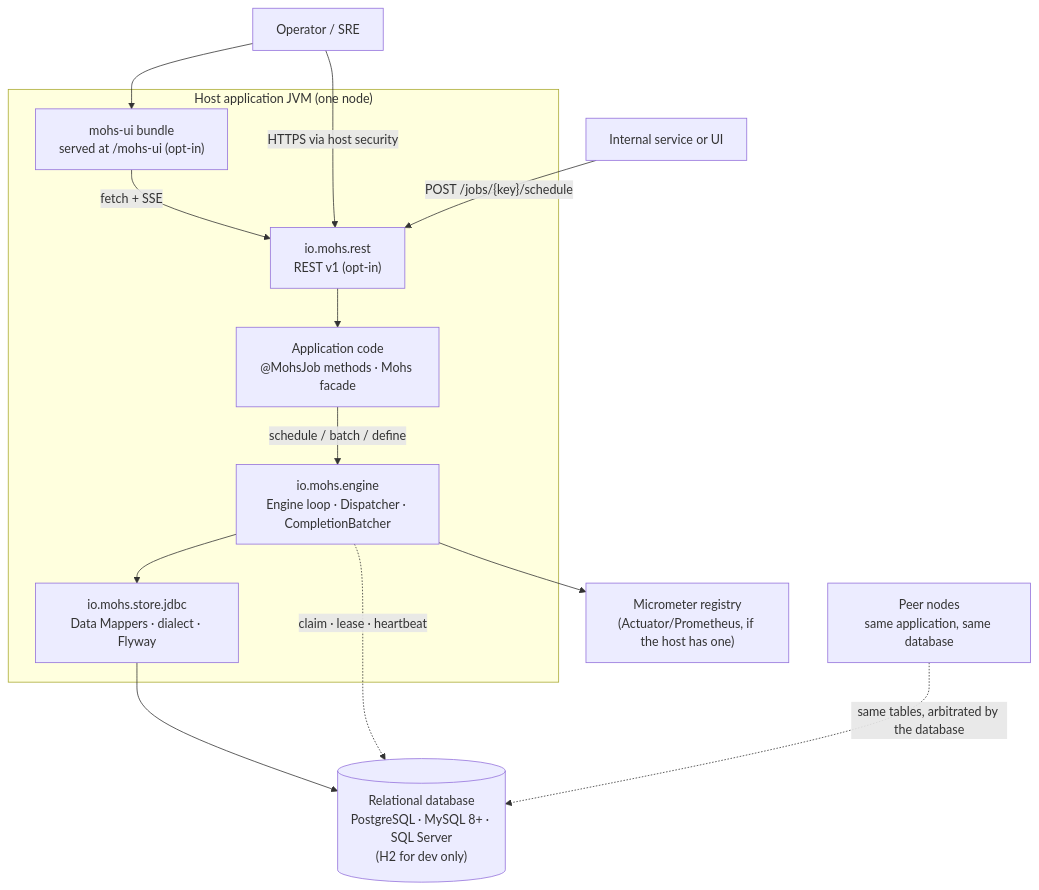
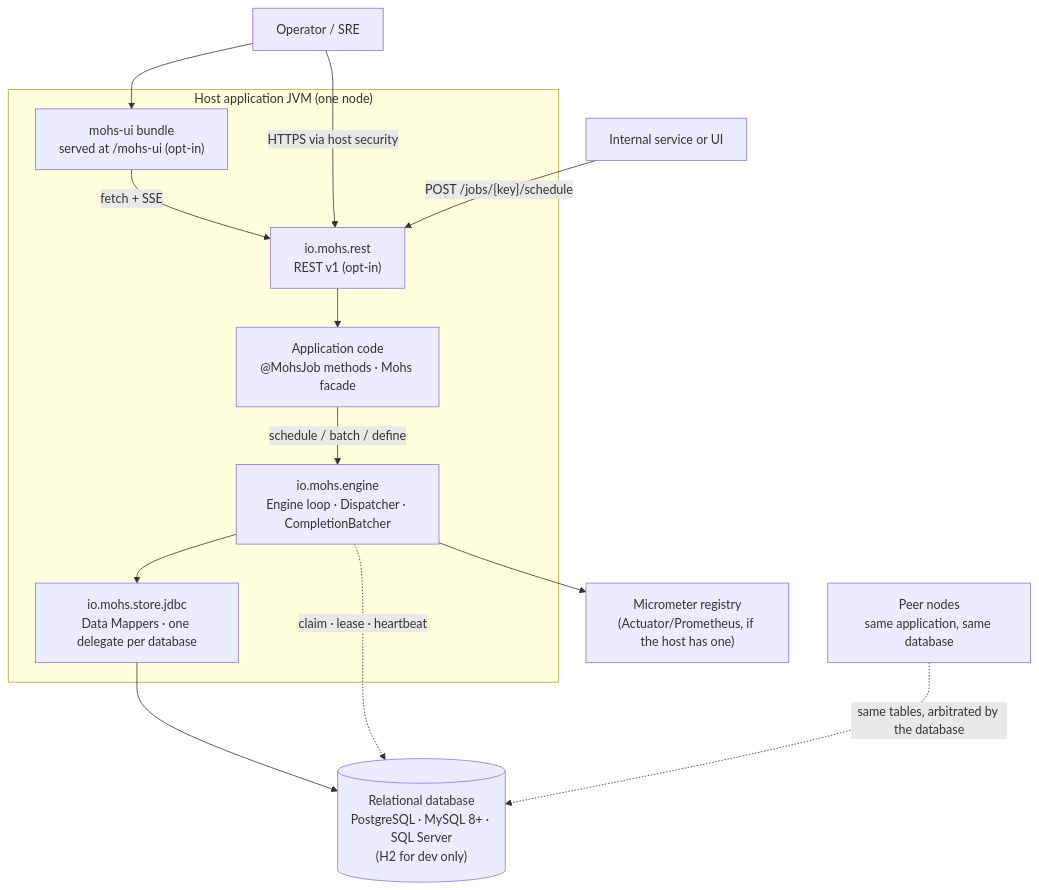
One commit to robsonkades/mohs changed the first of 2 diagrams in docs/01-overview/system-context.md. Above: the diagram before and after it, drawn with Mermaid. The commit also changed other lines of this file and 33 other files, not shown here.

````diff
--- a/docs/01-overview/system-context.md
+++ b/docs/01-overview/system-context.md
@@ -11,28 +11,28 @@
 ```mermaid
 flowchart TB
     subgraph host["Host application JVM (one node)"]
         code["Application code<br/>@MohsJob methods · Mohs facade"]
         engine["io.mohs.engine<br/>Engine loop · Dispatcher · CompletionBatcher"]
-        store["io.mohs.store.jdbc<br/>Data Mappers · dialect · Flyway"]
+        store["io.mohs.store.jdbc<br/>Data Mappers · one delegate per database"]
         rest["io.mohs.rest<br/>REST v1 (opt-in)"]
         ui["mohs-ui bundle<br/>served at /mohs-ui (opt-in)"]
     end
 
     operator["Operator / SRE"]
     client["Internal service or UI"]
     db[("Relational database<br/>PostgreSQL · MySQL 8+ · SQL Server<br/>(H2 for dev only)")]
     peers["Peer nodes<br/>same application, same database"]
     metrics["Micrometer registry<br/>(Actuator/Prometheus, if the host has one)"]
 
     code -->|"schedule / batch / define"| engine
     engine --> store
     store --> db
     rest --> code
     ui -->|"fetch + SSE"| rest
     operator -->|"HTTPS via host security"| rest
     operator --> ui
     client -->|"POST /jobs/{key}/schedule"| rest
     engine -.->|"claim · lease · heartbeat"| db
     peers -.->|"same tables, arbitrated by the database"| db
     engine --> metrics
 ```
````
